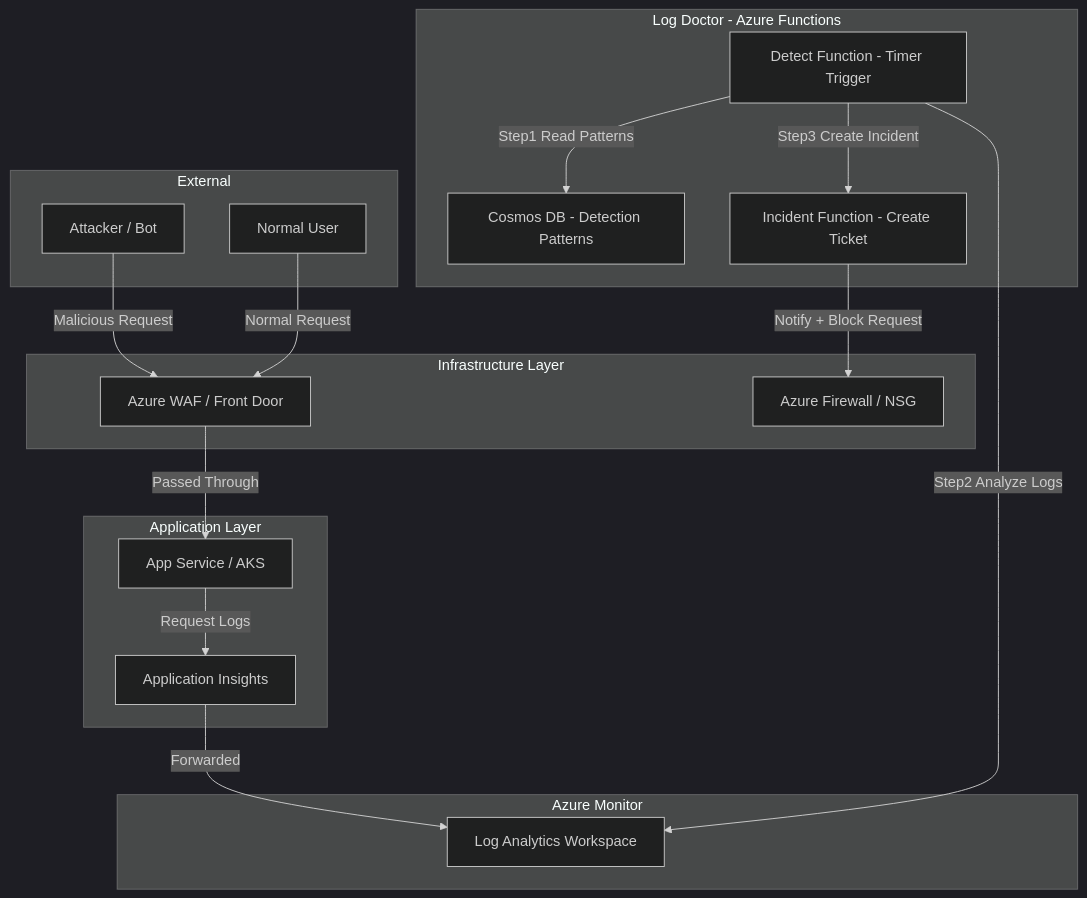
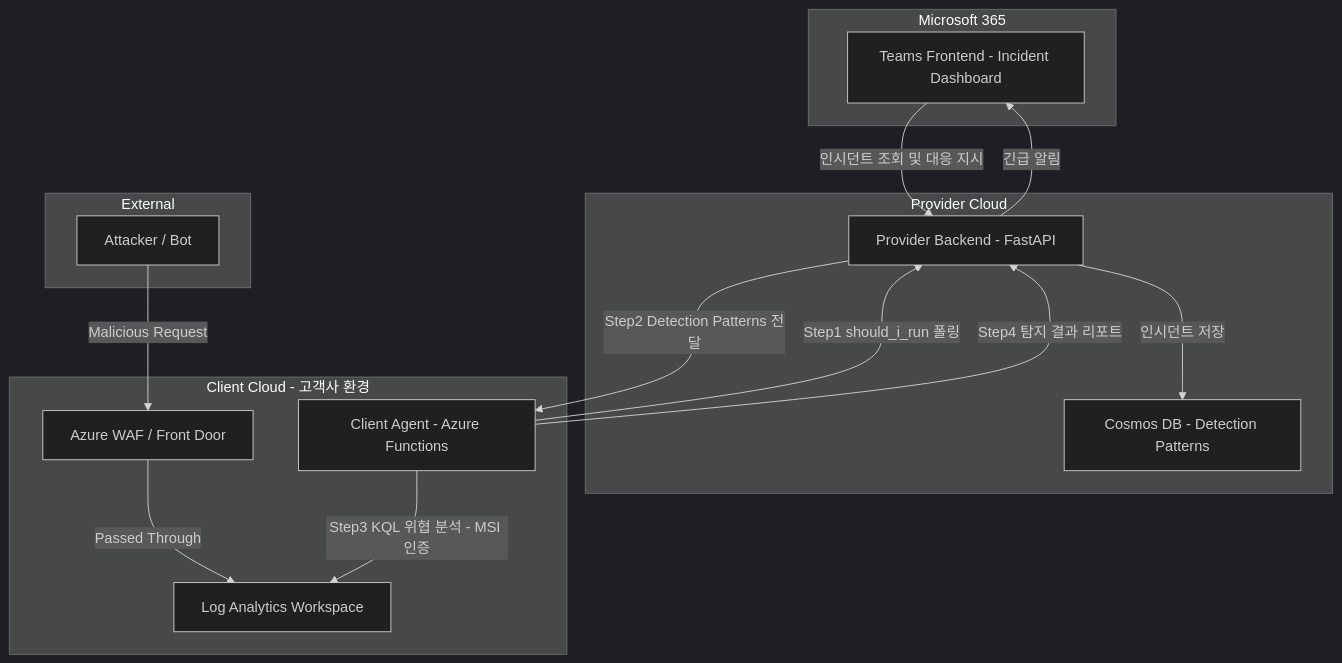
Before and after one commit to chjcmy/study: diagram 11 of 21 in azure/projects/log-doctor-plan.md, drawn with Mermaid (dark theme). The commit also changed other lines of this file, not shown here.

````diff
--- a/azure/projects/log-doctor-plan.md
+++ b/azure/projects/log-doctor-plan.md
@@ -443,37 +428,33 @@
 ```mermaid
 graph TB
+    subgraph Microsoft 365
+        Teams["Teams Frontend - Incident Dashboard"]
+    end
+
+    subgraph Provider Cloud
+        PB["Provider Backend - FastAPI"]
+        CosmosDB["Cosmos DB - Detection Patterns"]
+    end
+
+    subgraph Client Cloud - 고객사 환경
+        Agent["Client Agent - Azure Functions"]
+        LAW["Log Analytics Workspace"]
+        WAF["Azure WAF / Front Door"]
+    end
+
     subgraph External
         Attacker["Attacker / Bot"]
-        User["Normal User"]
-    end
-
-    subgraph Infrastructure Layer
-        WAF["Azure WAF / Front Door"]
-        FW["Azure Firewall / NSG"]
-    end
-
-    subgraph Application Layer
-        App["App Service / AKS"]
-        AppInsights["Application Insights"]
-    end
-
-    subgraph Log Doctor - Azure Functions
-        DetectFn["Detect Function - Timer Trigger"]
-        PatternDB["Cosmos DB - Detection Patterns"]
-        IncidentFn["Incident Function - Create Ticket"]
-    end
-
-    subgraph Azure Monitor
-        LAW["Log Analytics Workspace"]
     end
 
     Attacker -->|Malicious Request| WAF
-    User -->|Normal Request| WAF
-    WAF -->|Passed Through| App
-    App -->|Request Logs| AppInsights
-    AppInsights -->|Forwarded| LAW
-    DetectFn -->|Step1 Read Patterns| PatternDB
-    DetectFn -->|Step2 Analyze Logs| LAW
-    DetectFn -->|Step3 Create Incident| IncidentFn
-    IncidentFn -->|Notify + Block Request| FW
+    WAF -->|Passed Through| LAW
+
+    Agent -->|Step1 should_i_run 폴링| PB
+    PB -->|Step2 Detection Patterns 전달| Agent
+    Agent -->|Step3 KQL 위협 분석 - MSI 인증| LAW
+    Agent -->|Step4 탐지 결과 리포트| PB
+
+    PB -->|인시던트 저장| CosmosDB
+    PB -->|긴급 알림| Teams
+    Teams -->|인시던트 조회 및 대응 지시| PB
 ```
````
